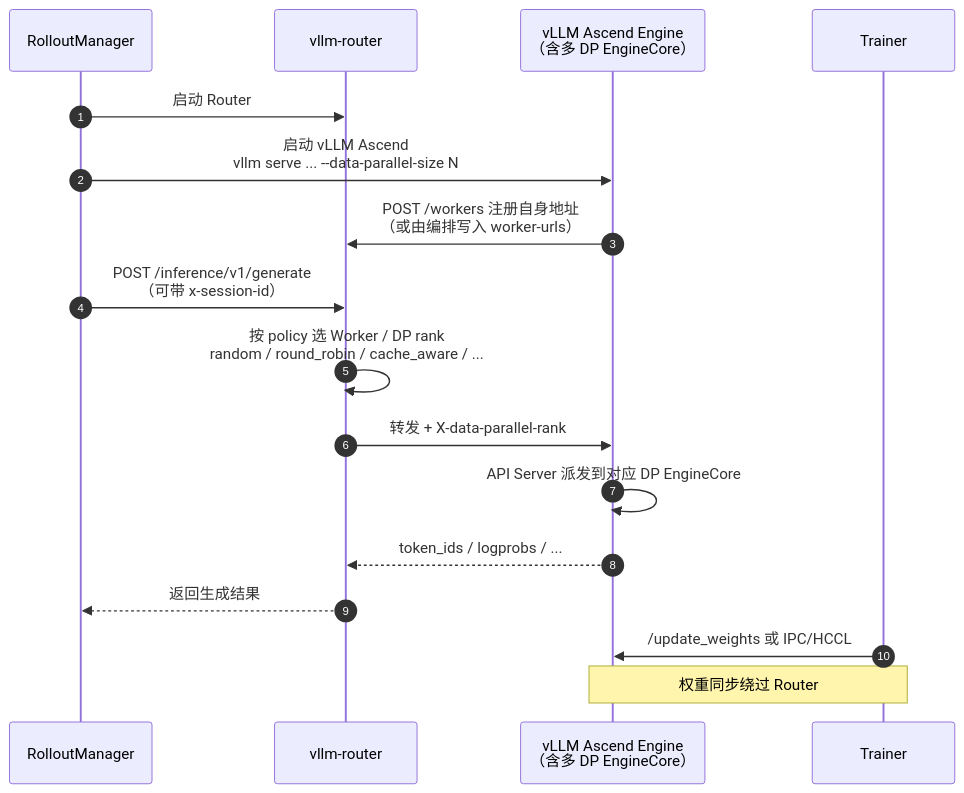
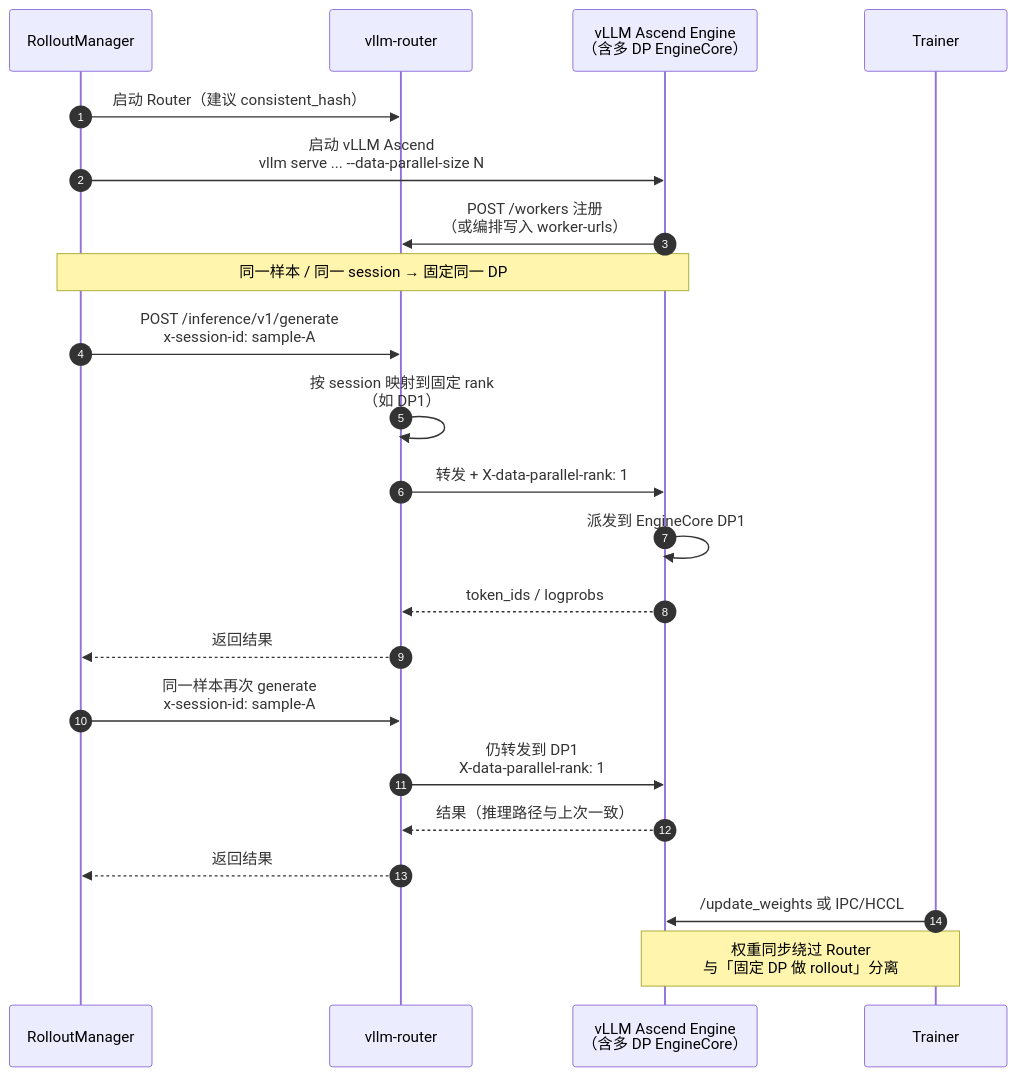
Before and after one commit to yjyang62/vllm-ascend: the diagram in docs/source/user_guide/feature_guide/dp_aware_router.md, drawn with Mermaid. The commit also changed other lines of this file, not shown here.

First line of the commit message:
docs: sync DP Router workflow and examples with 训推一致

````diff
--- a/docs/source/user_guide/feature_guide/dp_aware_router.md
+++ b/docs/source/user_guide/feature_guide/dp_aware_router.md
@@ -70,22 +73,29 @@
 ```mermaid
 sequenceDiagram
     autonumber
     participant RM as RolloutManager
     participant R as vllm-router
     participant E as vLLM Ascend Engine<br/>（含多 DP EngineCore）
     participant T as Trainer
 
-    RM->>R: 启动 Router
+    RM->>R: 启动 Router（建议 consistent_hash）
     RM->>E: 启动 vLLM Ascend<br/>vllm serve ... --data-parallel-size N
-    E->>R: POST /workers 注册自身地址<br/>（或由编排写入 worker-urls）
+    E->>R: POST /workers 注册<br/>（或编排写入 worker-urls）
 
-    RM->>R: POST /inference/v1/generate<br/>（可带 x-session-id）
-    R->>R: 按 policy 选 Worker / DP rank<br/>random / round_robin / cache_aware / ...
-    R->>E: 转发 + X-data-parallel-rank
-    E->>E: API Server 派发到对应 DP EngineCore
-    E-->>R: token_ids / logprobs / ...
-    R-->>RM: 返回生成结果
+    Note over RM,E: 同一样本 / 同一 session → 固定同一 DP
+
+    RM->>R: POST /inference/v1/generate<br/>x-session-id: sample-A
+    R->>R: 按 session 映射到固定 rank<br/>（如 DP1）
+    R->>E: 转发 + X-data-parallel-rank: 1
+    E->>E: 派发到 EngineCore DP1
+    E-->>R: token_ids / logprobs
+    R-->>RM: 返回结果
+
+    RM->>R: 同一样本再次 generate<br/>x-session-id: sample-A
+    R->>E: 仍转发到 DP1<br/>X-data-parallel-rank: 1
+    E-->>R: 结果（推理路径与上次一致）
+    R-->>RM: 返回结果
 
     T->>E: /update_weights 或 IPC/HCCL
-    Note over T,E: 权重同步绕过 Router
+    Note over T,E: 权重同步绕过 Router<br/>与「固定 DP 做 rollout」分离
 ```
````
